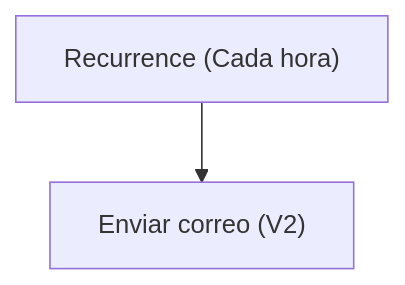
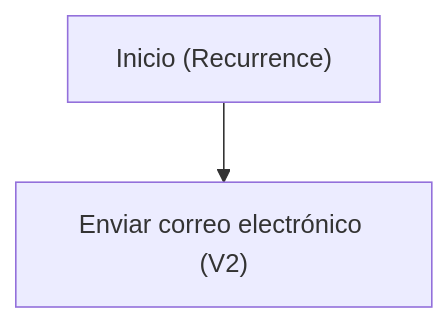
One commit to DeltaSoul/bizz-summit-2026-alm-ai-demo changed the diagram in src/solutions/TestSolution1/TECHNICAL_SPEC.md. Above: the diagram before and after it, drawn with Mermaid. The commit also changed other lines of this file and 1 other file, not shown here.

````diff
--- a/src/solutions/TestSolution1/TECHNICAL_SPEC.md
+++ b/src/solutions/TestSolution1/TECHNICAL_SPEC.md
@@ -93,4 +59,4 @@
 ```mermaid
 flowchart TD
-  A["Recurrence (Cada hora)"] --> B["Enviar correo (V2)"]
+  A["Inicio (Recurrence)"] --> B["Enviar correo electrónico (V2)"]
 ```
````
